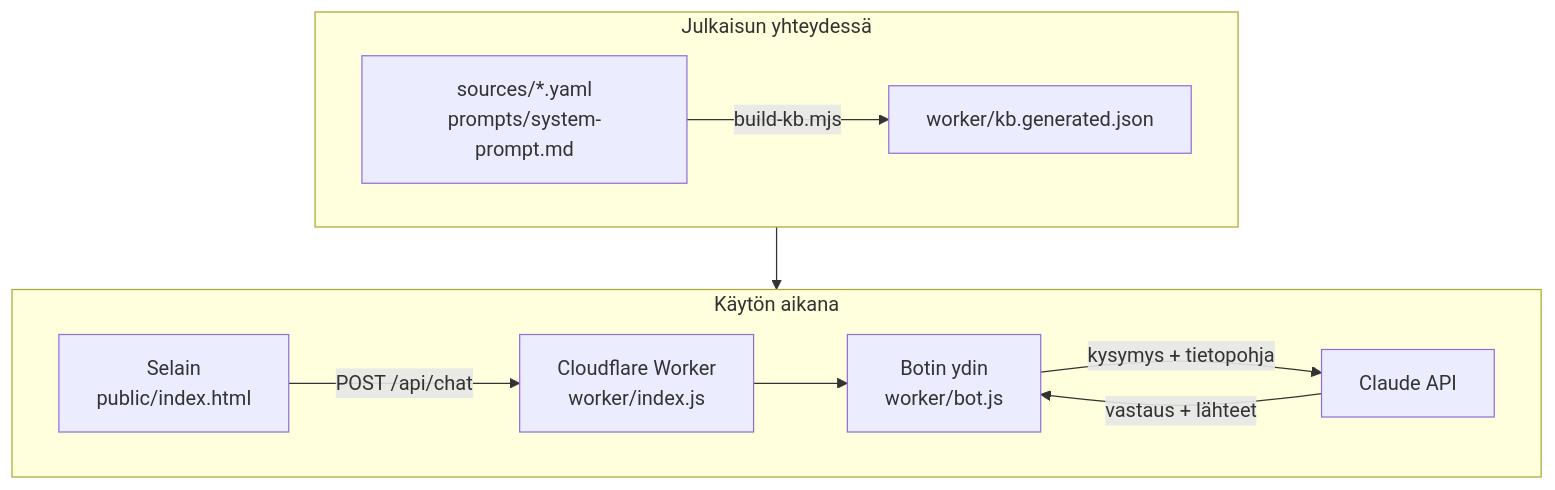
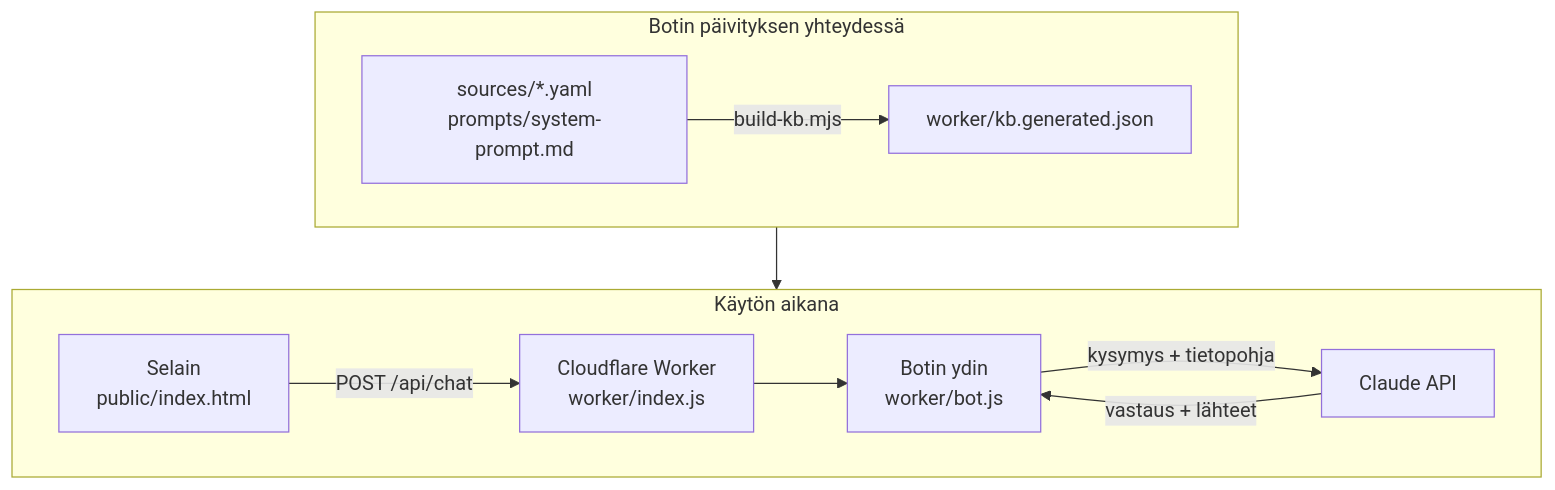
The diagram in README.md (AnnaElo/XR-regulaatio-botti), drawn with Mermaid before and after one commit.

Commit message:
README: kaavion otsikko 'Botin päivityksen yhteydessä'
Claude-Session: https://claude.ai/code/session_01JkgNVT23W2PBSvnbNvwfzq

````diff
--- a/README.md
+++ b/README.md
@@ -6,15 +6,15 @@
 ```mermaid
 flowchart TB
-  subgraph build["Julkaisun yhteydessä"]
+  subgraph build["Botin päivityksen yhteydessä"]
     direction LR
     KB["sources/*.yaml<br>prompts/system-prompt.md"] -->|build-kb.mjs| J["worker/kb.generated.json"]
   end
   subgraph runtime["Käytön aikana"]
     direction LR
     U["Selain<br>public/index.html"] -->|POST /api/chat| W["Cloudflare Worker<br>worker/index.js"]
     W --> B["Botin ydin<br>worker/bot.js"]
     B -->|kysymys + tietopohja| C["Claude API"]
     C -->|vastaus + lähteet| B
   end
   J --> B
 ```
````
